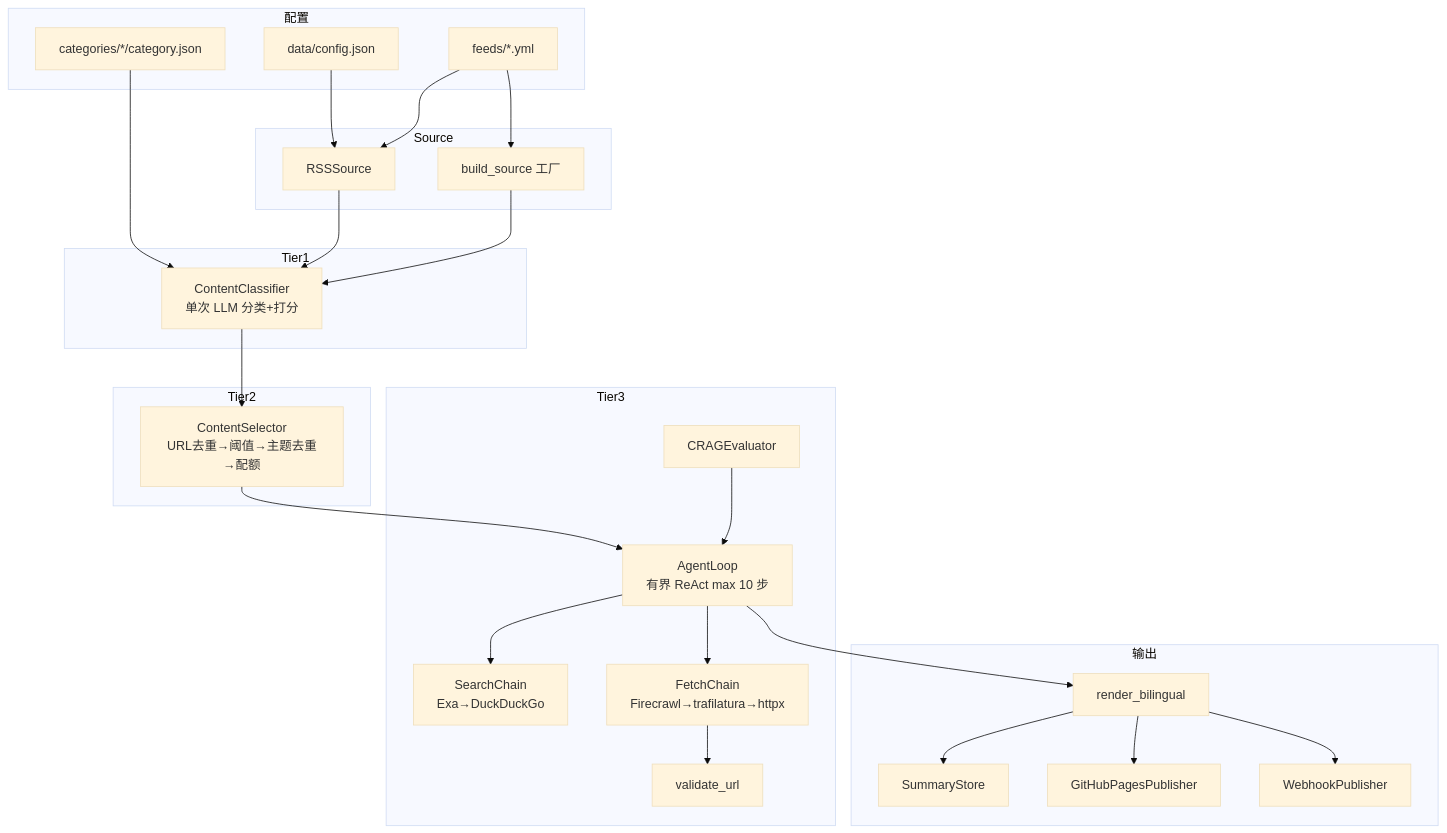
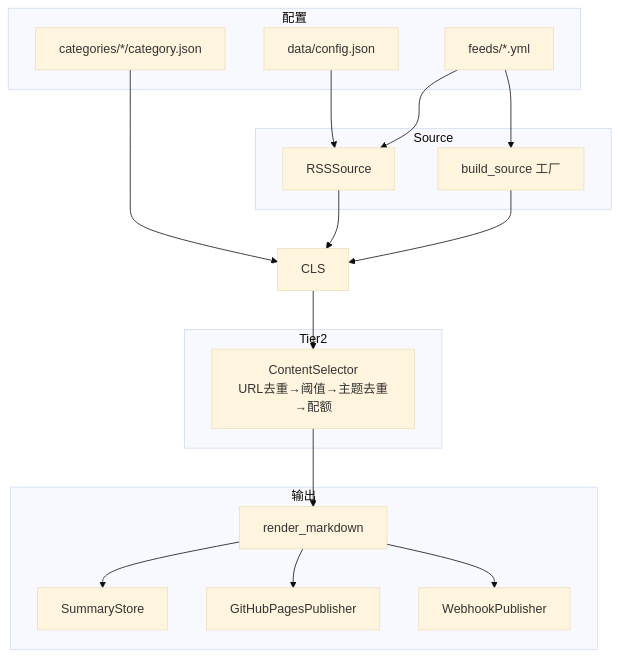
Before and after one commit to int2t05/rss-reader: the first of 2 diagrams in docs/TECH.md, drawn with Mermaid (base theme). The commit also changed other lines of this file and 72 other files, not shown here.

````diff
--- a/docs/TECH.md
+++ b/docs/TECH.md
@@ -11,55 +11,37 @@
 ```mermaid
 flowchart TB
     subgraph 配置
         CFG[data/config.json]
         FEEDS[feeds/*.yml]
         CATS[categories/*/category.json]
     end
 
     subgraph Source
         RSS[RSSSource]
         RSSHUB[build_source 工厂]
     end
 
-    subgraph Tier1
-        CLS[ContentClassifier<br/>单次 LLM 分类+打分]
-    end
-
     subgraph Tier2
         SEL[ContentSelector<br/>URL去重→阈值→主题去重→配额]
     end
 
-    subgraph Tier3
-        LOOP[AgentLoop<br/>有界 ReAct max 10 步]
-        CRAG[CRAGEvaluator]
-        SCH[SearchChain<br/>Exa→DuckDuckGo]
-        FCH[FetchChain<br/>Firecrawl→trafilatura→httpx]
-        SSRF[validate_url]
-    end
-
     subgraph 输出
-        RND[render_bilingual]
+        RND[render_markdown]
         SUM[SummaryStore]
         PAGES[GitHubPagesPublisher]
         HOOK[WebhookPublisher]
     end
 
     CFG --> RSS
     FEEDS --> RSS
     FEEDS --> RSSHUB
     CATS --> CLS
 
     RSS --> CLS
     RSSHUB --> CLS
     CLS --> SEL
-    SEL --> LOOP
-    CRAG --> LOOP
-    LOOP --> SCH
-    LOOP --> FCH
-    FCH --> SSRF
-
-    LOOP --> RND
+    SEL --> RND
     RND --> SUM
     RND --> PAGES
     RND --> HOOK
 ```
````
